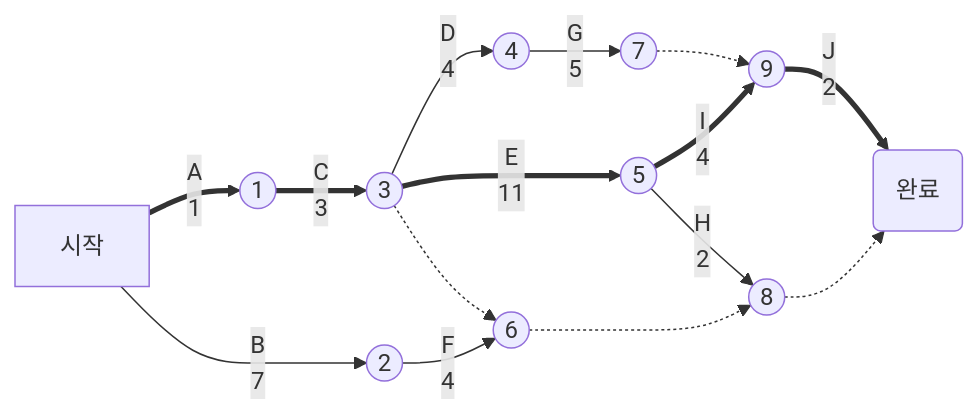
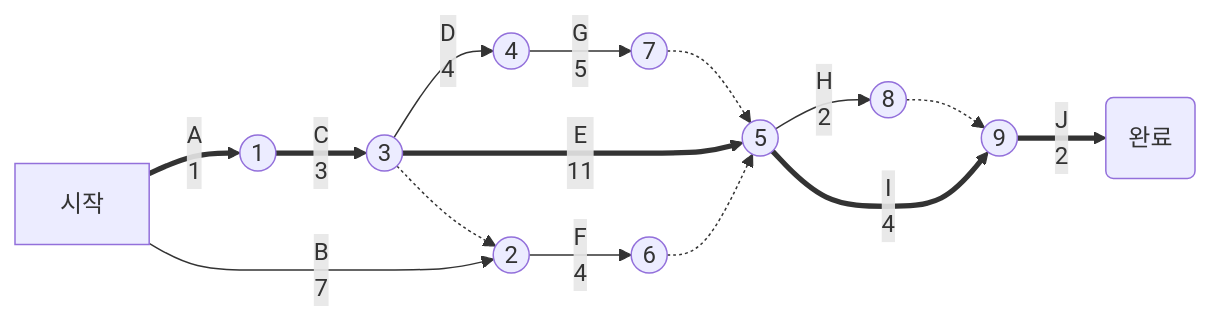
The fourth of 12 diagrams in 0202프로세스진도관리.qmd (yeonkyupark/pepc2e), drawn with Mermaid before and after one commit. The commit also changed other lines of this file, not shown here.

````diff
--- a/0202프로세스진도관리.qmd
+++ b/0202프로세스진도관리.qmd
@@ -204,18 +206,18 @@
 ```{mermaid}
 flowchart LR
 
 0[시작] =="A<br>1"==> 1((1)) 
 1 =="C<br>3"==> 3((3)) 
 3--"D<br>4"-->4((4))
 0[시작]--"B<br>7"--> 2((2))
 3 =="E<br>11"==> 5((5))
-3 -.-> 6
+3 -.-> 2
 2 --"F<br>4"-->6((6))
 4 --"G<br>5"--> 7((7))
 5 --"H<br>2" --> 8((8))
-6 -.-> 8
-7 -.-> 9
+6 -.-> 5
+7 -.-> 5
 5 =="I<br>4"==> 9((9))
 9 =="J<br>2"==>10(완료)
-8 -.-> 10
+8 -.-> 9
 ```
````
